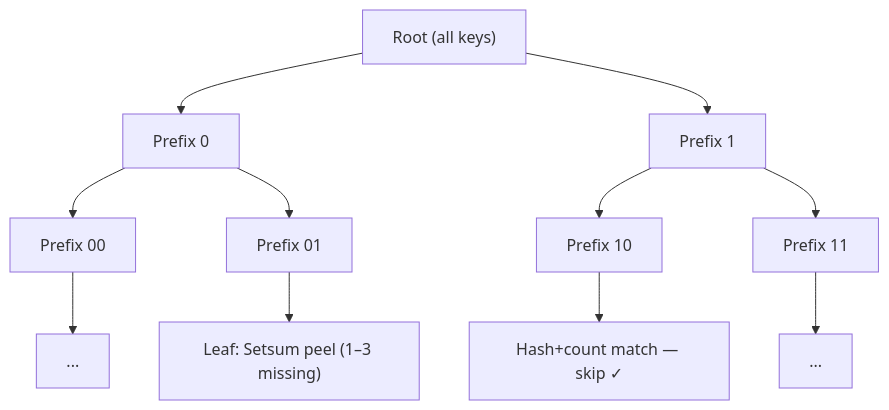
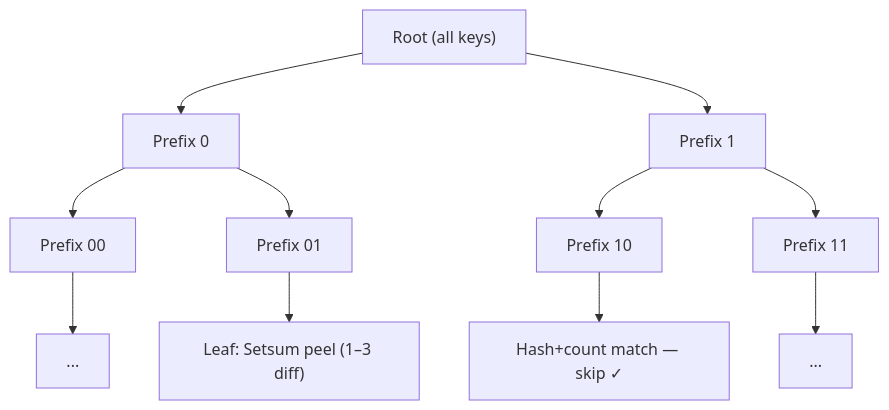
Before and after one commit to arj03/setsum-cs: the second of 2 diagrams in SetSum/Sync/README.md, drawn with Mermaid. The commit also changed other lines of this file, not shown here.

````diff
--- a/SetSum/Sync/README.md
+++ b/SetSum/Sync/README.md
@@ -66,13 +84,13 @@
 ```mermaid
 flowchart TD
     A["Root (all keys)"] --> B["Prefix 0"]
     A --> C["Prefix 1"]
     B --> D["Prefix 00"]
     B --> E["Prefix 01"]
     C --> F["Prefix 10"]
     C --> G["Prefix 11"]
     D --> H["..."]
-    E --> I["Leaf: Setsum peel (1–3 missing)"]
+    E --> I["Leaf: Setsum peel (1–3 diff)"]
     F --> J["Hash+count match — skip ✓"]
     G --> K["..."]
 ```
````
